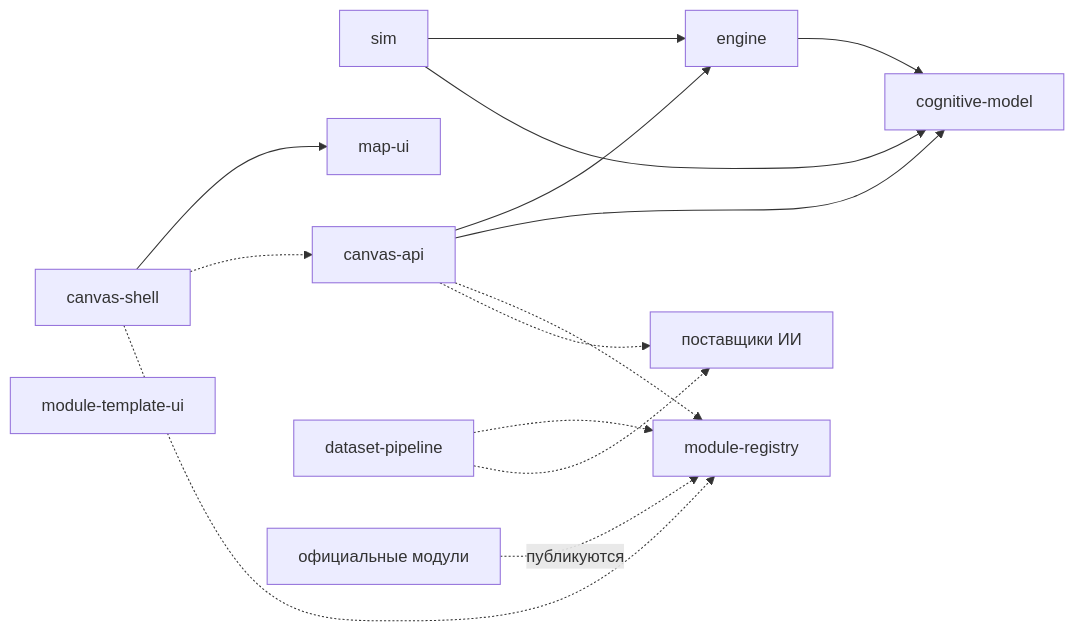
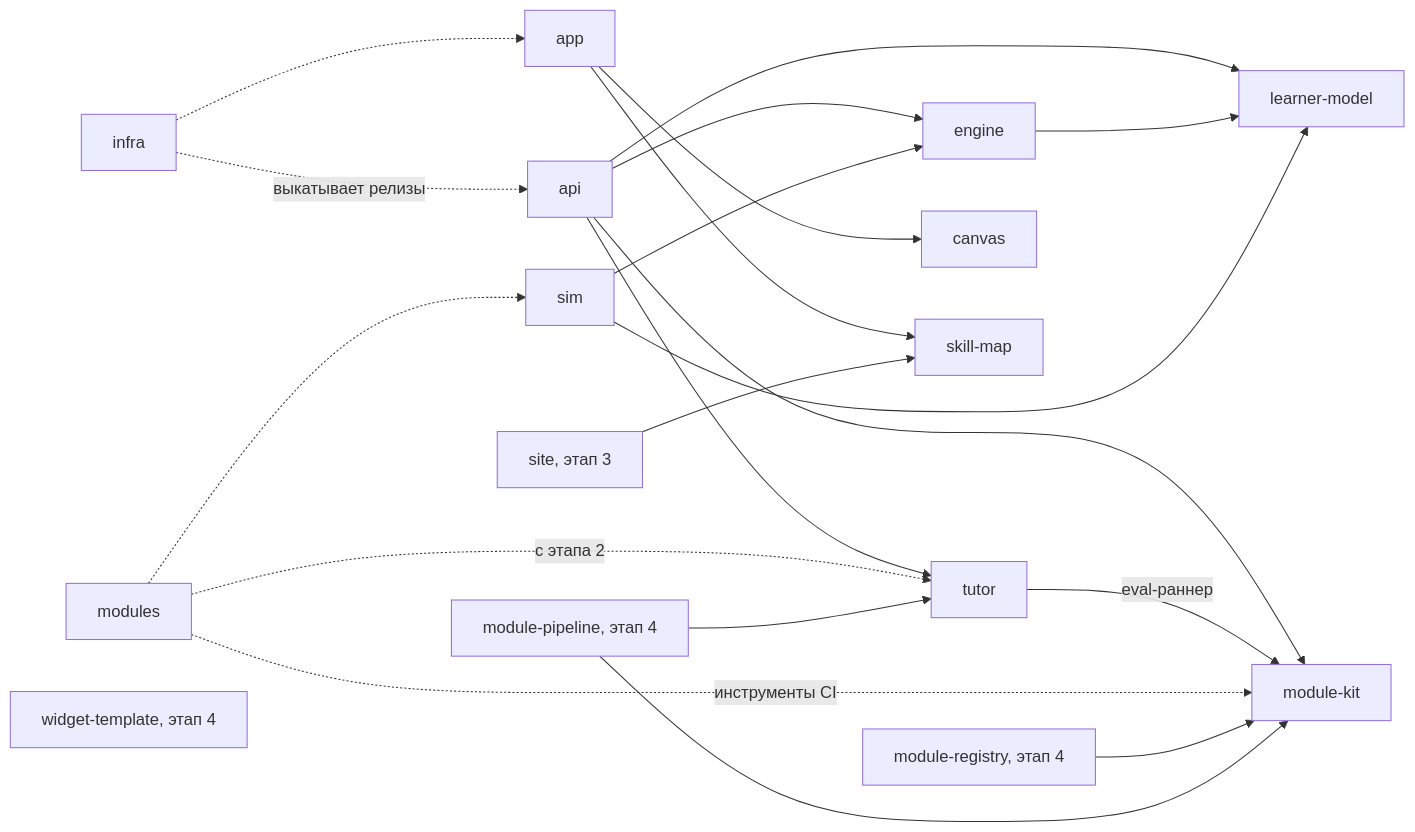
The diagram in docs/repositories.md (altnovatrail/spec), drawn with Mermaid before and after one commit. The commit also changed other lines of this file and 8 other files, not shown here.

````diff
--- a/docs/repositories.md
+++ b/docs/repositories.md
@@ -41,17 +80,23 @@
 ```mermaid
 flowchart LR
-    eng["engine"] --> cm["cognitive-model"]
+    api["api"] --> tutor["tutor"]
+    api --> kit["module-kit"]
+    api --> eng["engine"]
+    api --> lm["learner-model"]
+    eng --> lm
     sim["sim"] --> eng
-    sim --> cm
-    api["canvas-api"] --> eng
-    api --> cm
-    shell["canvas-shell"] --> map["map-ui"]
-    shell -.-> api
-    shell -.-> reg["module-registry"]
-    api -.-> reg
-    api -.-> ai["поставщики ИИ"]
-    pipe["dataset-pipeline"] -.-> reg
-    pipe -.-> ai
-    mods["официальные модули"] -.->|"публикуются"| reg
-    tpl["module-template-ui"]
+    sim --> lm
+    tutor -->|"eval-раннер"| kit
+    app["app"] --> canvas["canvas"]
+    app --> smap["skill-map"]
+    mods["modules"] -.->|"инструменты CI"| kit
+    mods -.-> sim
+    mods -.->|"с этапа 2"| tutor
+    infra["infra"] -.->|"выкатывает релизы"| api
+    infra -.-> app
+    reg["module-registry, этап 4"] --> kit
+    pipe["module-pipeline, этап 4"] --> kit
+    pipe --> tutor
+    site["site, этап 3"] --> smap
+    wt["widget-template, этап 4"]
 ```
````
